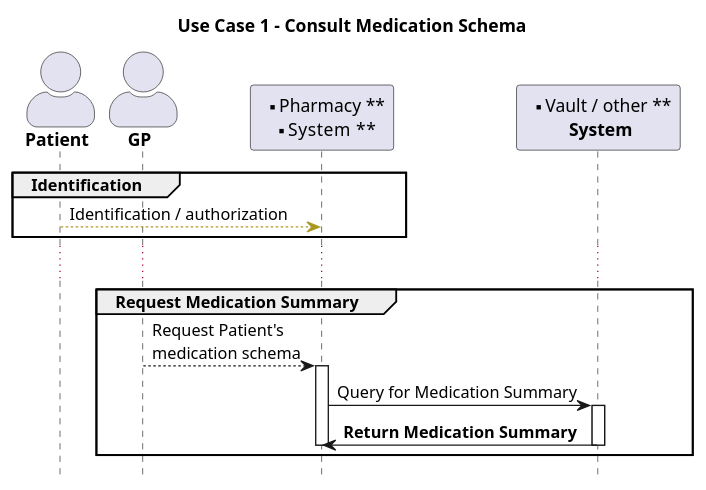
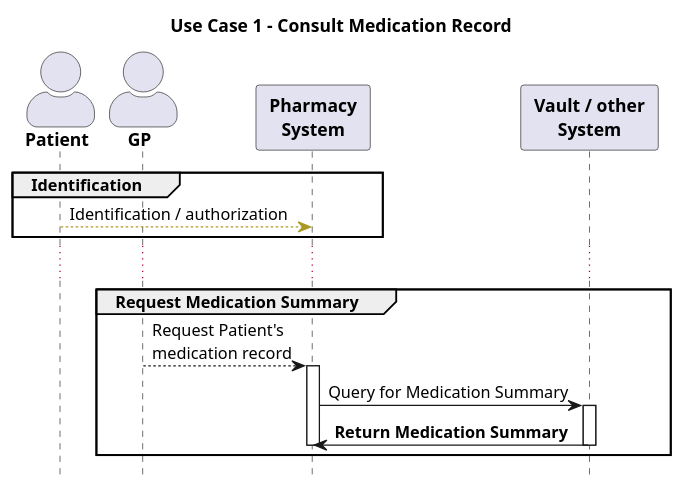
Before and after one commit to hl7-be/medication: the diagram in input/images-source/usecase-medicationschema-1.plantuml, drawn with PlantUML. The commit also changed 9 other files, not shown here.

Commit message:
cleanup pages and schemas

```diff
--- a/input/images-source/usecase-medicationschema-1.plantuml
+++ b/input/images-source/usecase-medicationschema-1.plantuml
@@ -1,30 +1,30 @@
 @startuml
-title Use Case 1 - Consult Medication Schema
+title Use Case 1 - Consult Medication Record
 skinparam actorStyle awesome
 
 hide footbox
 
 '!include ./style.iuml
 
 actor "**Patient**" as P
 actor "**GP**" as GP
-Participant "** Pharmacy **\n**  System  **" as PIS
-Participant "** Vault / other **\n **  System  **" as V
+Participant " **Pharmacy** \n  **System**  " as PIS
+Participant " **Vault / other** \n  **System**  " as V
 
 group Identification
 P -[#A92]-> PIS : Identification / authorization
 end
 ...
 
 group Request Medication Summary
-GP --> PIS : Request Patient's\nmedication schema 
+GP --> PIS : Request Patient's\nmedication record 
 activate PIS
 PIS -> V : Query for Medication Summary
 activate V
 PIS <- V : **Return Medication Summary**
 deactivate V
 deactivate PIS
 end
 
 
 @enduml
```
